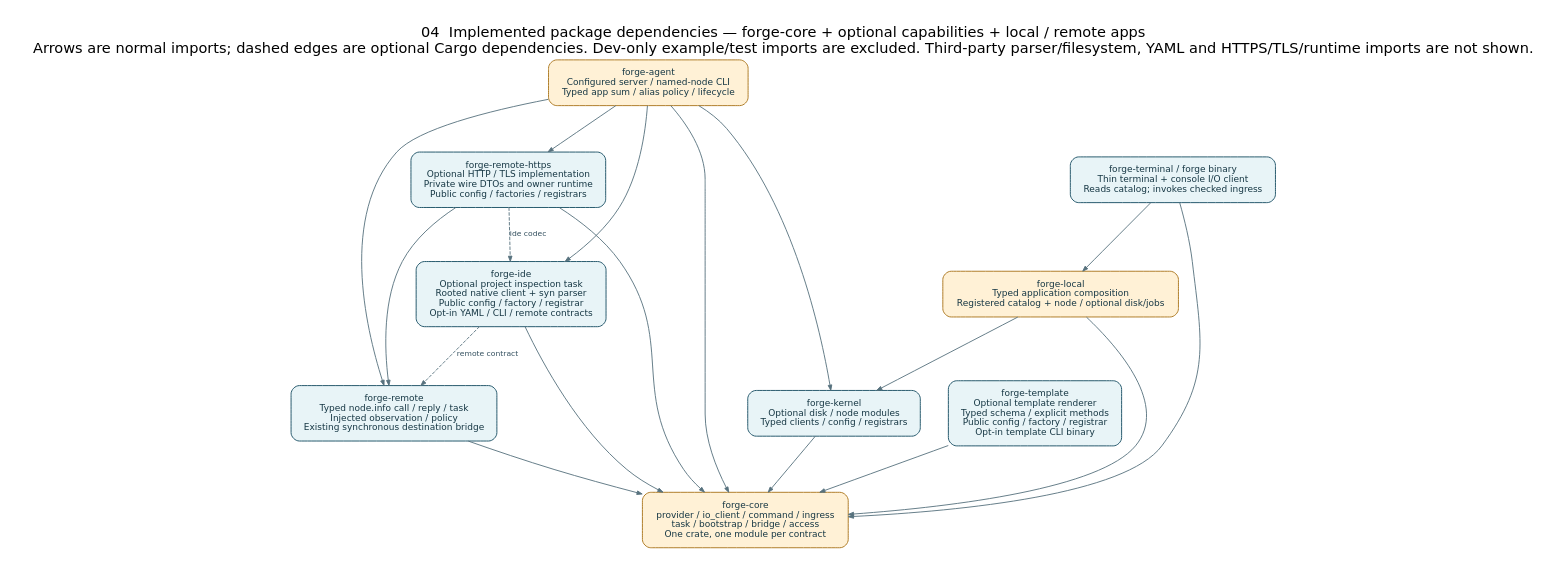
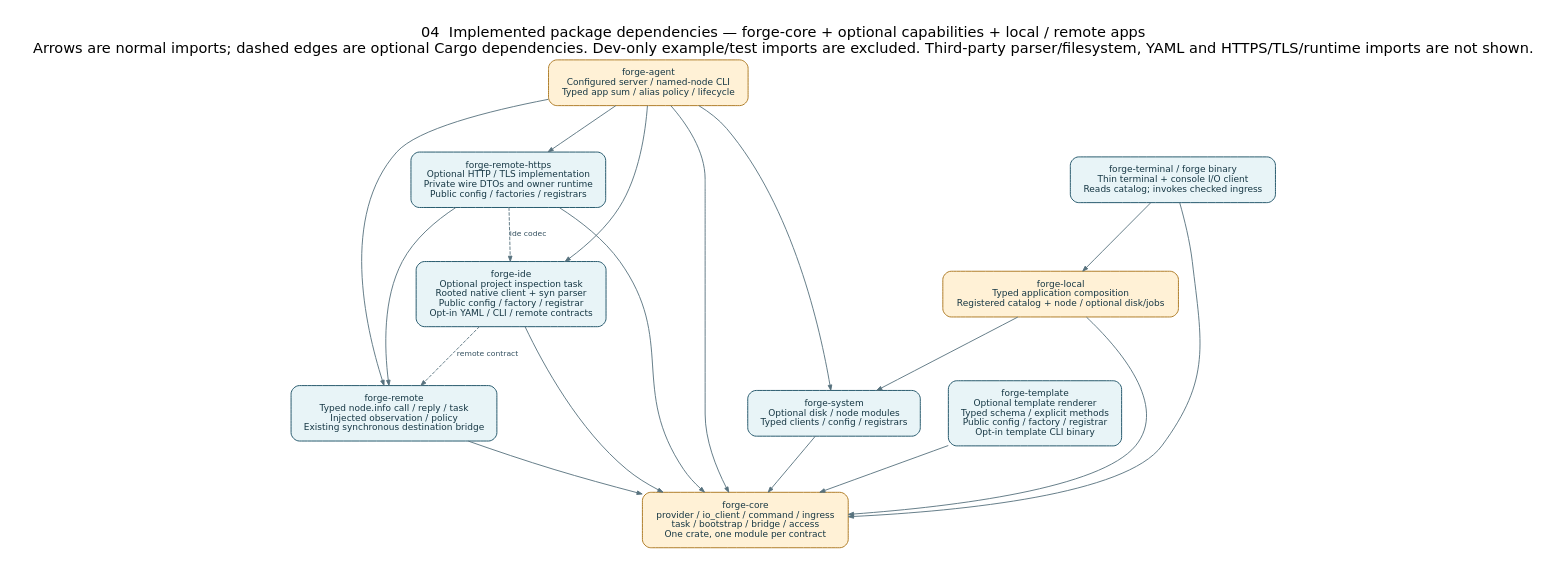
The diagram in docs/architecture/diagrams/04-package-dependencies.dot (roachmaster/homelab), drawn with Graphviz before and after one commit. The commit also changed 59 other files, not shown here.

```diff
--- a/docs/architecture/diagrams/04-package-dependencies.dot
+++ b/docs/architecture/diagrams/04-package-dependencies.dot
@@ -1,25 +1,25 @@
 digraph Packages {
 graph [fontname="DejaVu Sans", fontsize=21, labelloc=t, labeljust=l, pad=0.35, nodesep=0.55, ranksep=0.9, bgcolor="white"];
 node [shape=box, style="rounded,filled", fontname="DejaVu Sans", fontsize=13, margin="0.22,0.16", color="#24576b", fillcolor="#e8f4f7", fontcolor="#163744", penwidth=1.4];
 edge [fontname="DejaVu Sans", fontsize=11, color="#56717d", fontcolor="#34505f", penwidth=1.3, arrowsize=0.75];
 rankdir=TB; label="04  Implemented package dependencies — forge-core + optional capabilities + local / remote apps\nArrows are normal imports; dashed edges are optional Cargo dependencies. Dev-only example/test imports are excluded. Third-party parser/filesystem, YAML and HTTPS/TLS/runtime imports are not shown.";
 agent [label="forge-agent\nConfigured server / named-node CLI\nTyped app sum / alias policy / lifecycle", fillcolor="#fff1d6", color="#ae7b26"];
 remote [label="forge-remote\nTyped node.info call / reply / task\nInjected observation / policy\nExisting synchronous destination bridge"];
 https [label="forge-remote-https\nOptional HTTP / TLS implementation\nPrivate wire DTOs and owner runtime\nPublic config / factories / registrars"];
 ide [label="forge-ide\nOptional project inspection task\nRooted native client + syn parser\nPublic config / factory / registrar\nOpt-in YAML / CLI / remote contracts"];
 renderer [label="forge-template\nOptional template renderer\nTyped schema / explicit methods\nPublic config / factory / registrar\nOpt-in template CLI binary"];
-kernel [label="forge-kernel\nOptional disk / node modules\nTyped clients / config / registrars"];
+system [label="forge-system\nOptional disk / node modules\nTyped clients / config / registrars"];
 local [label="forge-local\nTyped application composition\nRegistered catalog + node / optional disk/jobs", fillcolor="#fff1d6", color="#ae7b26"];
 terminal [label="forge-terminal / forge binary\nThin terminal + console I/O client\nReads catalog; invokes checked ingress"];
 core [label="forge-core\nprovider / io_client / command / ingress\ntask / bootstrap / bridge / access\nOne crate, one module per contract", fillcolor="#fff1d6", color="#ae7b26"];
-agent -> {https ide remote kernel core};
+agent -> {https ide remote system core};
 remote -> core;
 https -> {remote core};
 https -> ide [style=dashed, label="ide codec"];
-kernel -> core;
-local -> {core kernel};
+system -> core;
+local -> {core system};
 terminal -> {local core};
 ide -> core;
 ide -> remote [style=dashed, label="remote contract"];
 renderer -> core;
 }
```
